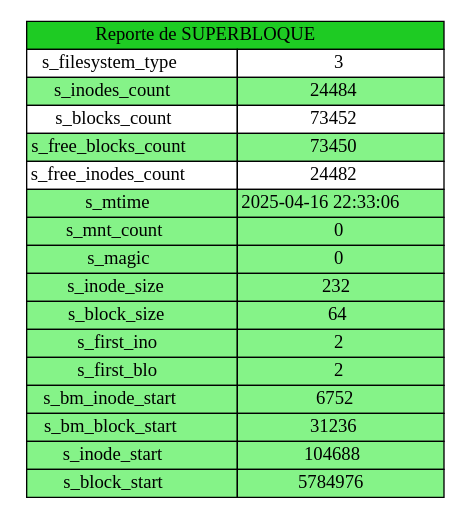
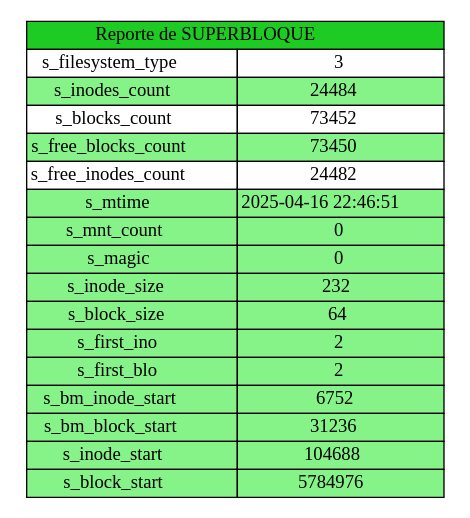
Before and after one commit to melgxrga/MIA_1S2025_P2_202302549: the diagram in reports/p4_r5_sb.dot, drawn with Graphviz. The commit also changed 3 other files, not shown here.

```diff
--- a/reports/p4_r5_sb.dot
+++ b/reports/p4_r5_sb.dot
@@ -1,24 +1,24 @@
 digraph {
 	node [shape=plaintext]
 	table [label=<
 		<TABLE BORDER="0" CELLBORDER="1" CELLSPACING="0">
 			<TR><TD bgcolor="#1ECB23" COLSPAN="2"> Reporte de SUPERBLOQUE </TD></TR>
 			<TR><TD> s_filesystem_type </TD><TD>3</TD></TR>
 			<TR><TD bgcolor="#85F388"> s_inodes_count </TD><TD bgcolor="#85F388">24484</TD></TR>
 			<TR><TD> s_blocks_count </TD><TD>73452</TD></TR>
 			<TR><TD bgcolor="#85F388"> s_free_blocks_count </TD><TD bgcolor="#85F388">73450</TD></TR>
 			<TR><TD> s_free_inodes_count </TD><TD>24482</TD></TR>
-			<TR><TD bgcolor="#85F388"> s_mtime </TD><TD bgcolor="#85F388">2025-04-16 22:33:06</TD></TR>
+			<TR><TD bgcolor="#85F388"> s_mtime </TD><TD bgcolor="#85F388">2025-04-16 22:46:51</TD></TR>
 			<TR><TD bgcolor="#85F388"> s_mnt_count </TD><TD bgcolor="#85F388">0</TD></TR>
 			<TR><TD bgcolor="#85F388"> s_magic </TD><TD bgcolor="#85F388">0</TD></TR>
 			<TR><TD bgcolor="#85F388"> s_inode_size </TD><TD bgcolor="#85F388">232</TD></TR>
 			<TR><TD bgcolor="#85F388"> s_block_size </TD><TD bgcolor="#85F388">64</TD></TR>
 			<TR><TD bgcolor="#85F388"> s_first_ino </TD><TD bgcolor="#85F388">2</TD></TR>
 			<TR><TD bgcolor="#85F388"> s_first_blo </TD><TD bgcolor="#85F388">2</TD></TR>
 			<TR><TD bgcolor="#85F388"> s_bm_inode_start </TD><TD bgcolor="#85F388">6752</TD></TR>
 			<TR><TD bgcolor="#85F388"> s_bm_block_start </TD><TD bgcolor="#85F388">31236</TD></TR>
 			<TR><TD bgcolor="#85F388"> s_inode_start </TD><TD bgcolor="#85F388">104688</TD></TR>
 			<TR><TD bgcolor="#85F388"> s_block_start </TD><TD bgcolor="#85F388">5784976</TD></TR>
 		</TABLE>
 	>]
 }
```
